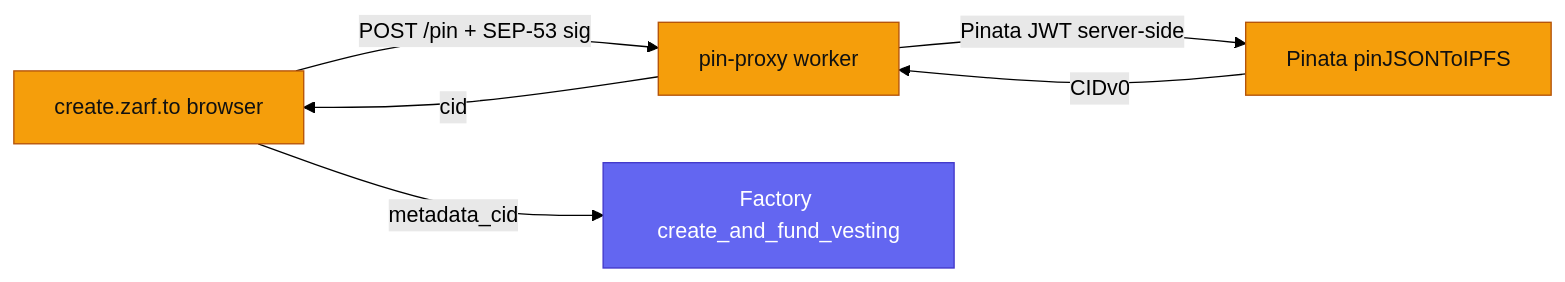
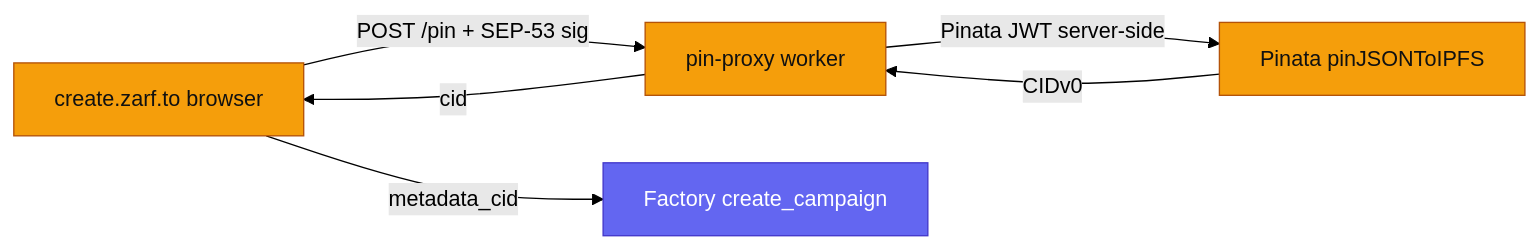
The diagram in web/apps/docs/src/content/docs/developers/ipfs-and-metadata.md (trionlabs/zarf), drawn with Mermaid (forest theme) before and after one commit. The commit also changed other lines of this file and 22 other files, not shown here.

````diff
--- a/web/apps/docs/src/content/docs/developers/ipfs-and-metadata.md
+++ b/web/apps/docs/src/content/docs/developers/ipfs-and-metadata.md
@@ -55,14 +55,14 @@
 ```mermaid
 flowchart LR
     B[create.zarf.to browser] -->|POST /pin + SEP-53 sig| P[pin-proxy worker]
     P -->|Pinata JWT server-side| PIN[Pinata pinJSONToIPFS]
     PIN -->|CIDv0| P
     P -->|cid| B
-    B -->|metadata_cid| F[Factory create_and_fund_vesting]
+    B -->|metadata_cid| F[Factory create_campaign]
     class B offchain
     class P offchain
     class PIN offchain
     class F onchain
     classDef offchain fill:#f59e0b,color:#111,stroke:#b45309;
     classDef onchain fill:#6366f1,color:#fff,stroke:#4338ca;
 ```
````
